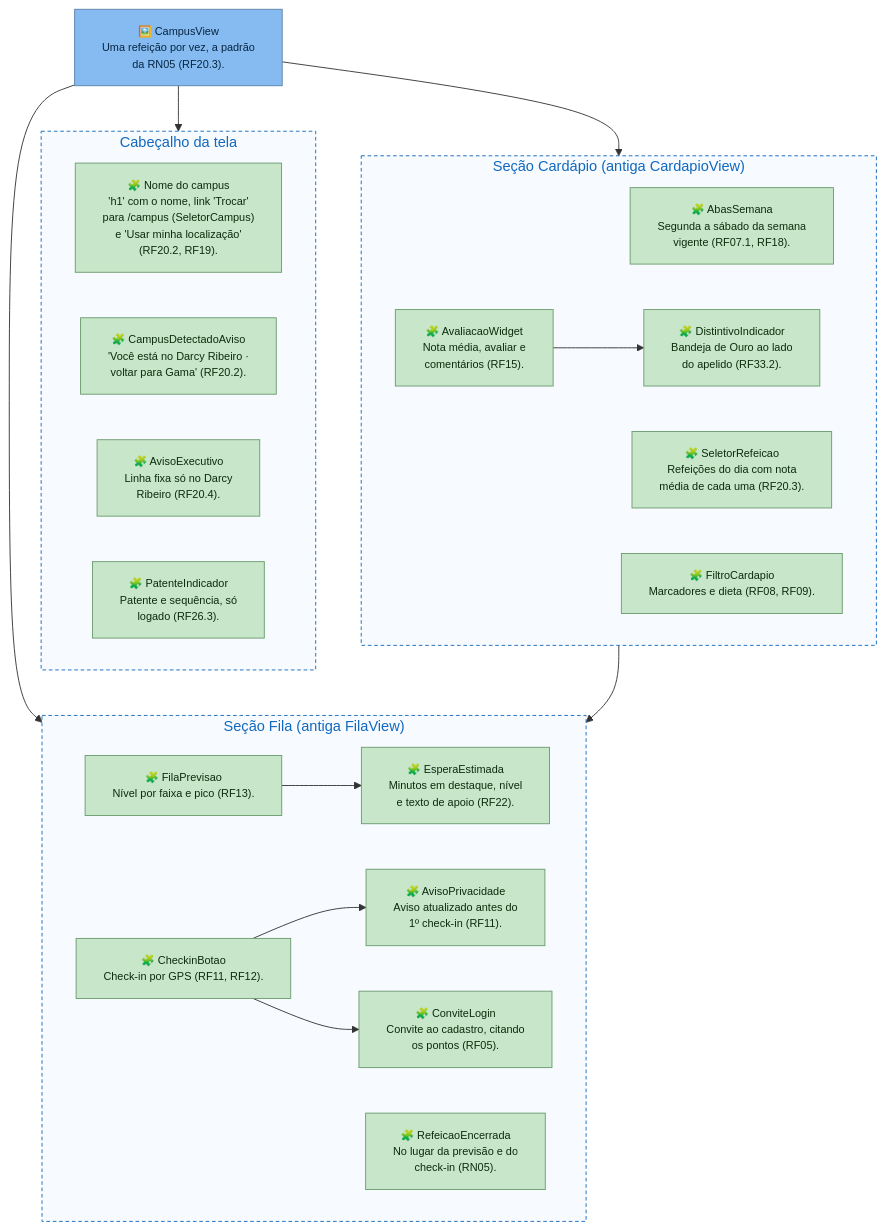
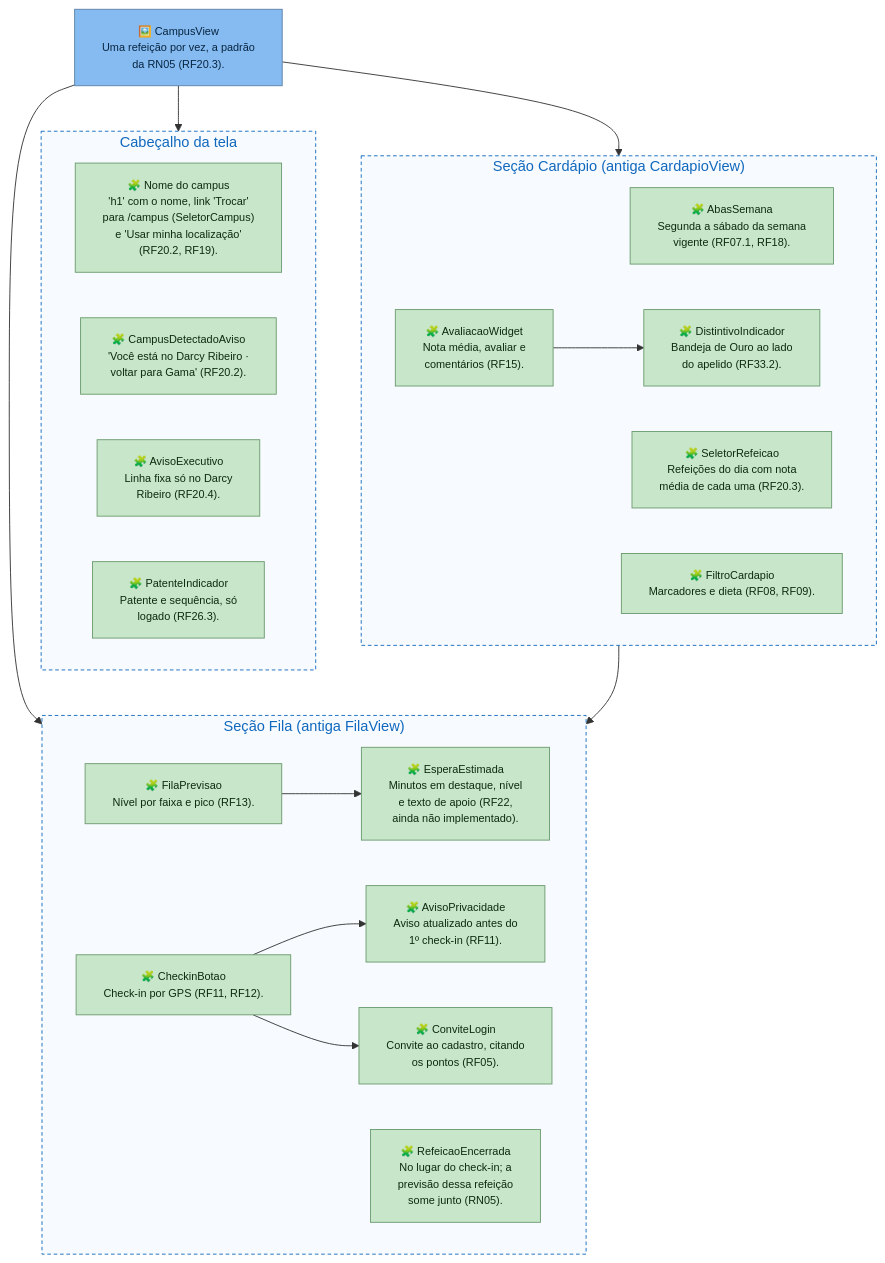
The second of 11 diagrams in docs/arquitetura/front-end/c4-niveis-3-4-frontend-bandejao.md (unb-mds/2026-2-Bandejao-UnB), drawn with Mermaid before and after one commit. The commit also changed other lines of this file, not shown here.

````diff
--- a/docs/arquitetura/front-end/c4-niveis-3-4-frontend-bandejao.md
+++ b/docs/arquitetura/front-end/c4-niveis-3-4-frontend-bandejao.md
@@ -170,79 +170,81 @@
 ```mermaid
 flowchart TB
   campusView["🖼️ CampusView
 Uma refeição por vez, a padrão
 da RN05 (RF20.3)."]
 
   subgraph topo["Cabeçalho da tela"]
     direction LR
     nomeCampus["🧩 Nome do campus
 'h1' com o nome, link 'Trocar'
 para /campus (SeletorCampus)
 e 'Usar minha localização'
 (RF20.2, RF19)."]
     campusDetectado["🧩 CampusDetectadoAviso
 'Você está no Darcy Ribeiro ·
 voltar para Gama' (RF20.2)."]
     avisoExecutivo["🧩 AvisoExecutivo
 Linha fixa só no Darcy
 Ribeiro (RF20.4)."]
     patente["🧩 PatenteIndicador
 Patente e sequência, só
 logado (RF26.3)."]
   end
 
   subgraph secaoCardapio["Seção Cardápio (antiga CardapioView)"]
     direction LR
     abasSemana["🧩 AbasSemana
 Segunda a sábado da semana
 vigente (RF07.1, RF18)."]
     seletorRefeicao["🧩 SeletorRefeicao
 Refeições do dia com nota
 média de cada uma (RF20.3)."]
     filtro["🧩 FiltroCardapio
 Marcadores e dieta (RF08, RF09)."]
     avaliacao["🧩 AvaliacaoWidget
 Nota média, avaliar e
 comentários (RF15)."]
     distintivo["🧩 DistintivoIndicador
 Bandeja de Ouro ao lado
 do apelido (RF33.2)."]
   end
 
   subgraph secaoFila["Seção Fila (antiga FilaView)"]
     direction LR
     filaPrevisao["🧩 FilaPrevisao
 Nível por faixa e pico (RF13)."]
     espera["🧩 EsperaEstimada
 Minutos em destaque, nível
-e texto de apoio (RF22)."]
+e texto de apoio (RF22,
+ainda não implementado)."]
     encerrada["🧩 RefeicaoEncerrada
-No lugar da previsão e do
-check-in (RN05)."]
+No lugar do check-in; a
+previsão dessa refeição
+some junto (RN05)."]
     checkin["🧩 CheckinBotao
 Check-in por GPS (RF11, RF12)."]
     avisoPrivacidade["🧩 AvisoPrivacidade
 Aviso atualizado antes do
 1º check-in (RF11)."]
     convite["🧩 ConviteLogin
 Convite ao cadastro, citando
 os pontos (RF05)."]
   end
 
   campusView --> topo
   campusView --> secaoCardapio
   campusView --> secaoFila
   avaliacao --> distintivo
   avaliacao --> convite
   filaPrevisao --> espera
   checkin --> avisoPrivacidade
   checkin --> convite
 
   classDef view fill:#85bbf0,stroke:#5d82a8,color:#082542,font-size:12px
   classDef component fill:#c8e6c9,stroke:#6b9b6e,color:#0d2b0e,font-size:12px
   classDef group fill:#f7fbff,stroke:#1168bd,stroke-dasharray:4 3,color:#1168bd
 
   class campusView view
   class nomeCampus,campusDetectado,avisoExecutivo,patente,abasSemana,seletorRefeicao,filtro,avaliacao,distintivo,filaPrevisao,espera,encerrada,checkin,avisoPrivacidade,convite component
   class topo,secaoCardapio,secaoFila group
 ```
````
